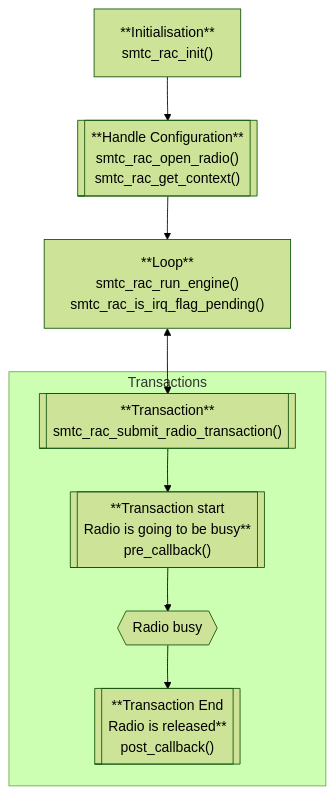
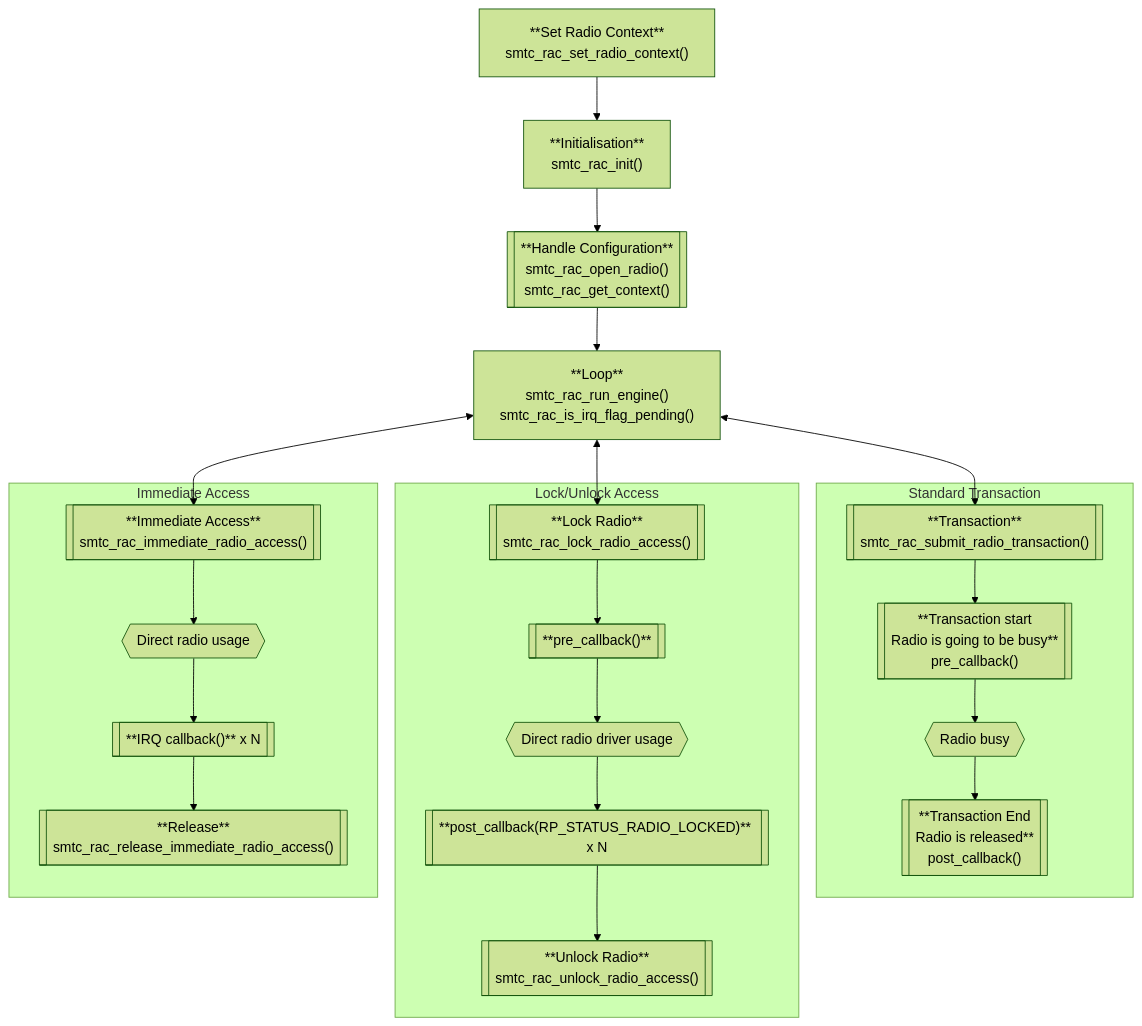
Before and after one commit to Lora-net/usp: the diagram in smtc_rac_lib/README.md, drawn with Mermaid (forest theme). The commit also changed other lines of this file and 796 other files, not shown here.

````diff
--- a/smtc_rac_lib/README.md
+++ b/smtc_rac_lib/README.md
@@ -210,22 +378,50 @@
 ```mermaid
 graph TD
+    ctx["**Set Radio Context**<br/>smtc_rac_set_radio_context()"]
     init["**Initialisation**<br/>smtc_rac_init()"]
 
     conf[["**Handle Configuration**<br/>smtc_rac_open_radio()<br/>smtc_rac_get_context()"]]
 
     loop["**Loop**<br/>smtc_rac_run_engine()<br/>smtc_rac_is_irq_flag_pending()"]
 
-    subgraph Transactions
+    subgraph Standard Transaction
         action[["**Transaction**<br/>smtc_rac_submit_radio_transaction()"]]
         ma_start[["**Transaction start<br/>Radio is going to be busy**<br/>pre_callback()"]]
         radio{{"Radio busy"}}
         ma_end[["**Transaction End<br/>Radio is released**<br/>post_callback()"]]
     end
 
+    subgraph Lock/Unlock Access
+        lock[["**Lock Radio**<br/>smtc_rac_lock_radio_access()"]]
+        lock_pre[["**pre_callback()**"]]
+        lock_post[["**post_callback(RP_STATUS_RADIO_LOCKED)** x N"]]
+        driver_access{{"Direct radio driver usage"}}
+        unlock[["**Unlock Radio**<br/>smtc_rac_unlock_radio_access()"]]
+    end
+
+    subgraph Immediate Access
+        imm[["**Immediate Access**<br/>smtc_rac_immediate_radio_access()"]]
+        imm_radio{{"Direct radio usage"}}
+        imm_call[["**IRQ callback()** x N"]]
+        imm_release[["**Release**<br/>smtc_rac_release_immediate_radio_access()"]]
+    end
+
+    ctx --> init
     init --> conf
     conf --> loop
     loop <--> action
     action --> ma_start
     ma_start --> radio
     radio --> ma_end
+
+    loop <--> lock
+    lock --> lock_pre
+    lock_pre --> driver_access
+    driver_access --> lock_post
+    lock_post --> unlock
+
+    loop <--> imm
+    imm --> imm_radio
+    imm_radio --> imm_call
+    imm_call --> imm_release
 ```
````
